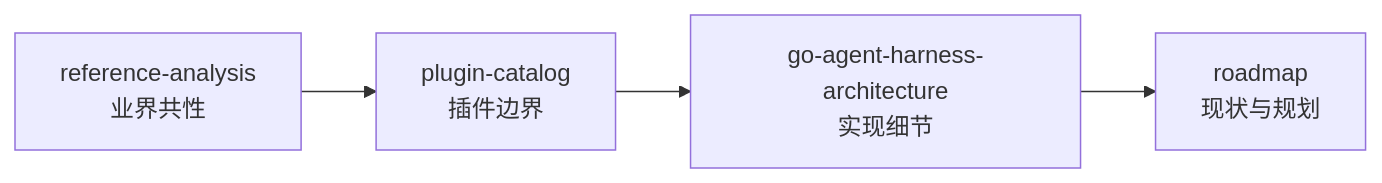
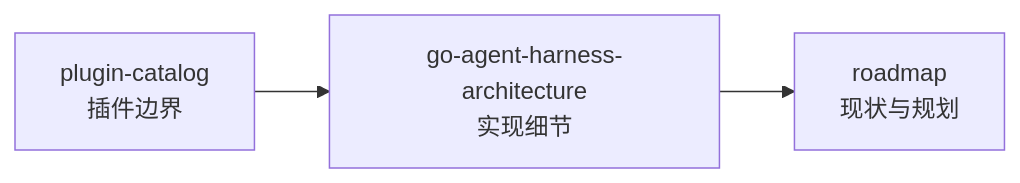
One commit to lengzhao/agentkit changed the second of 2 diagrams in README.md. Above: the diagram before and after it, drawn with Mermaid. The commit also changed other lines of this file and 23 other files, not shown here.

````diff
--- a/README.md
+++ b/README.md
@@ -129,6 +129,5 @@
 ```mermaid
 flowchart LR
-  A["reference-analysis<br/>业界共性"] --> B["plugin-catalog<br/>插件边界"]
-  B --> C["go-agent-harness-architecture<br/>实现细节"]
-  C --> D["roadmap<br/>现状与规划"]
+  A["plugin-catalog<br/>插件边界"] --> B["go-agent-harness-architecture<br/>实现细节"]
+  B --> C["roadmap<br/>现状与规划"]
 ```
````
